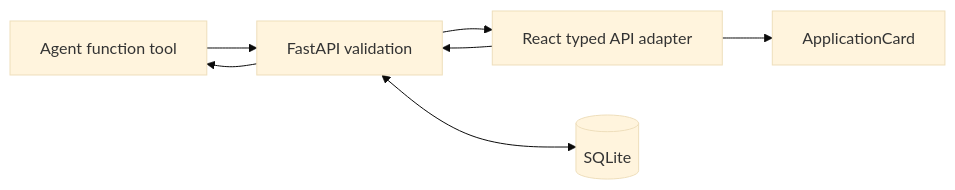
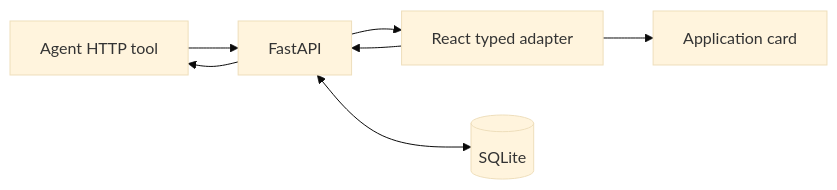
The third of 8 diagrams in docs/ARCHITECTURE.md (Parth-Bisht-227/waypoint-voice-ai), drawn with Mermaid (base theme) before and after one commit. The commit also changed other lines of this file and 6 other files, not shown here.

````diff
--- a/docs/ARCHITECTURE.md
+++ b/docs/ARCHITECTURE.md
@@ -96,9 +96,8 @@
-```mermaid
+~~~mermaid
 flowchart LR
-    AgentTool[Agent function tool] --> API[FastAPI validation]
-    ReactAdapter[React typed API adapter] --> API
+    AgentTool[Agent HTTP tool] --> API[FastAPI]
+    ReactAdapter[React typed adapter] --> API
     API <--> DB[(SQLite)]
     API --> AgentTool
-    API --> ReactAdapter
-    ReactAdapter --> Card[ApplicationCard]
-```
+    API --> ReactAdapter --> Card[Application card]
+~~~
````
